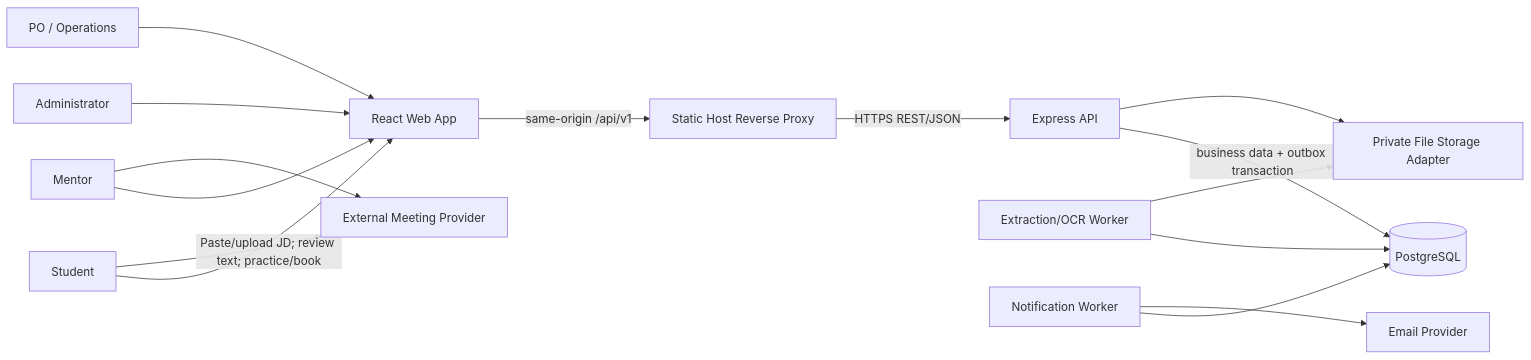
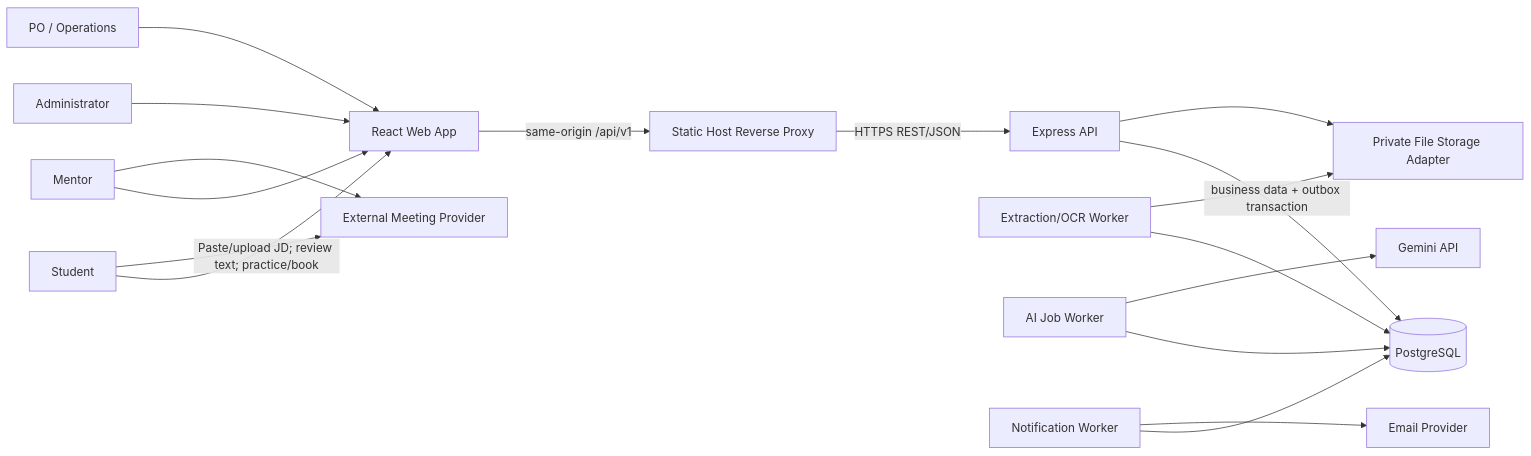
Before and after one commit to tnnhuaa/InterviewQuestionBank: the first of 7 diagrams in docs/Project_Architecture/software_architecture.md, drawn with Mermaid. The commit also changed other lines of this file and 2 other files, not shown here.

Commit message:
docs: approve hybrid Gemini architecture

````diff
--- a/docs/Project_Architecture/software_architecture.md
+++ b/docs/Project_Architecture/software_architecture.md
@@ -92,17 +94,19 @@
 ```mermaid
 flowchart LR
     Student["Student"] -->|"Paste/upload JD; review text; practice/book"| FE["React Web App"]
     Mentor["Mentor"] --> FE
     Admin["Administrator"] --> FE
     Sponsor["PO / Operations"] --> FE
     FE -->|"same-origin /api/v1"| Proxy["Static Host Reverse Proxy"]
     Proxy -->|"HTTPS REST/JSON"| API["Express API"]
     API -->|"business data + outbox transaction"| DB[("PostgreSQL")]
     API --> Obj["Private File Storage Adapter"]
     JDWorker["Extraction/OCR Worker"] --> DB
     JDWorker --> Obj
+    AIWorker["AI Job Worker"] --> DB
+    AIWorker --> Gemini["Gemini API"]
     Worker["Notification Worker"] --> DB
     Worker --> Email["Email Provider"]
     Student --> Meet["External Meeting Provider"]
     Mentor --> Meet
 ```
````
